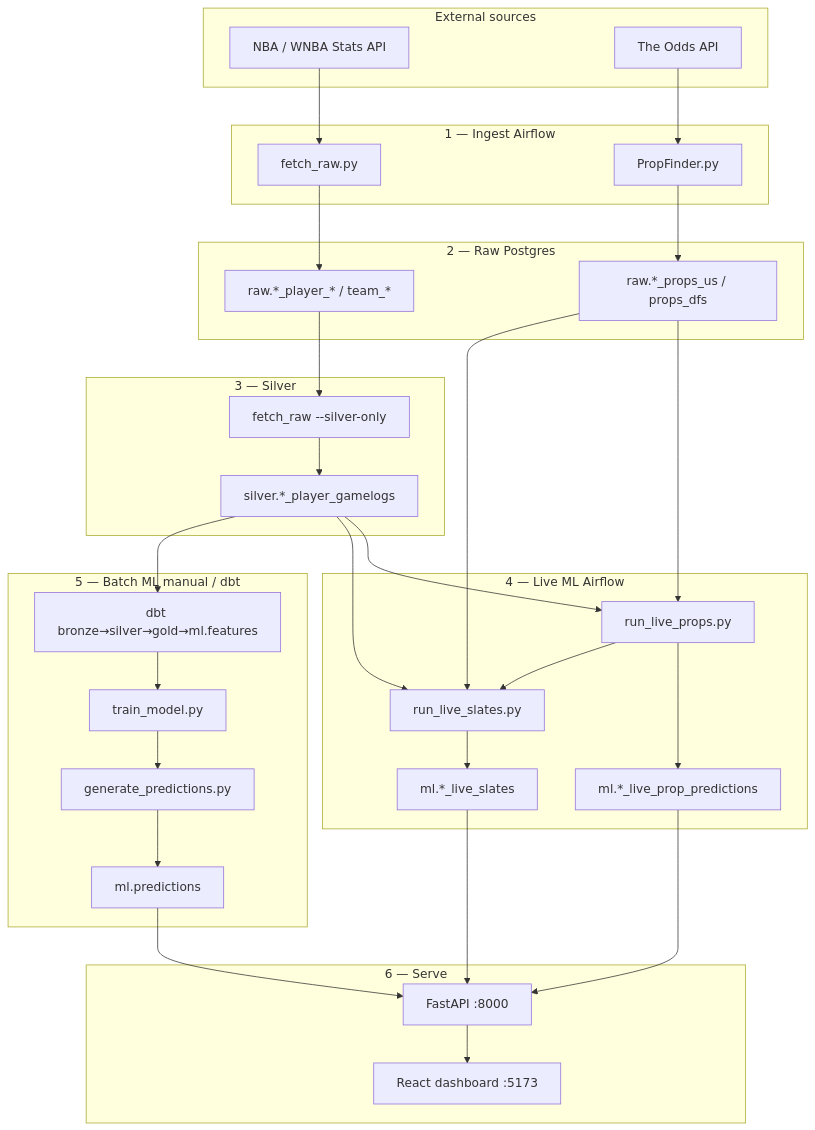
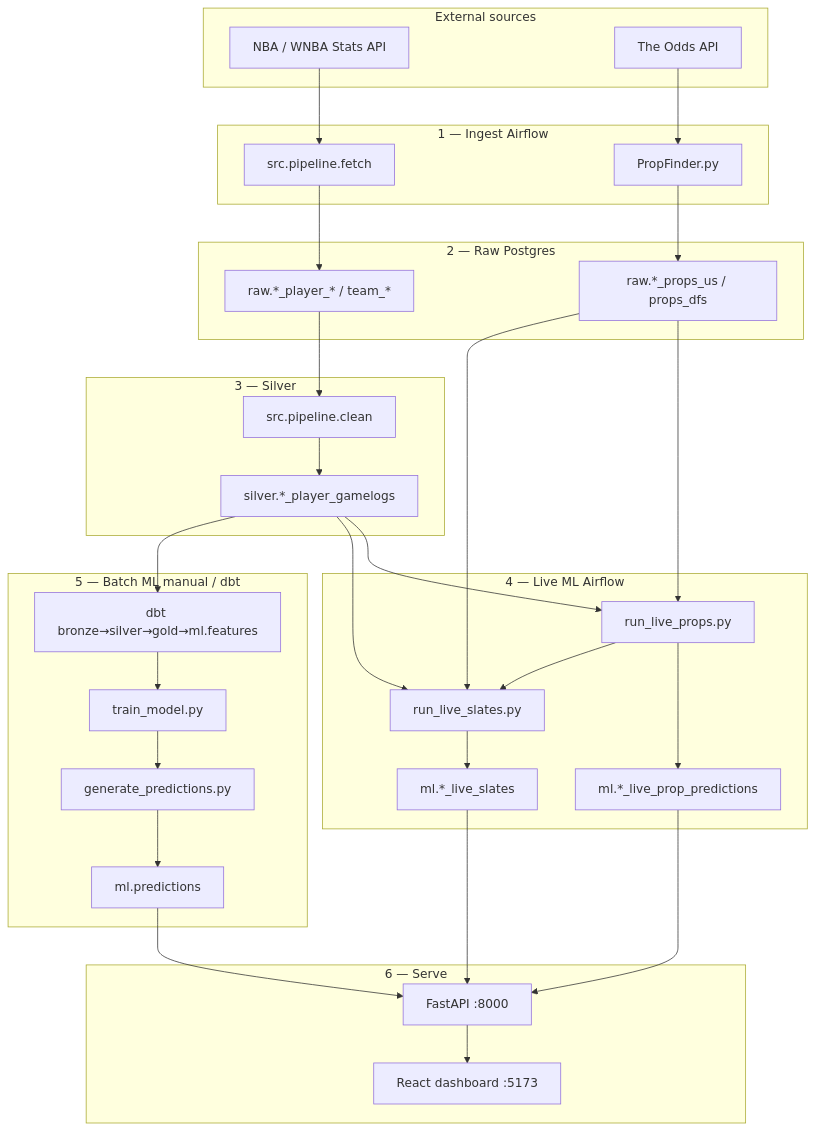
One commit to spon7ge/NBA-Prop-Predictor changed the first of 3 diagrams in README.md. Above: the diagram before and after it, drawn with Mermaid. The commit also changed other lines of this file and 119 other files, not shown here.

````diff
--- a/README.md
+++ b/README.md
@@ -44,59 +44,59 @@
 ```mermaid
 flowchart TB
   subgraph sources [External sources]
     NBA[NBA / WNBA Stats API]
     ODDS[The Odds API]
   end
 
   subgraph ingest [1 — Ingest Airflow]
-    FR[fetch_raw.py]
+    FR[src.pipeline.fetch]
     PF[PropFinder.py]
   end
 
   subgraph raw [2 — Raw Postgres]
     RGL[raw.*_player_* / team_*]
     RPR[raw.*_props_us / props_dfs]
   end
 
   subgraph silver_py [3 — Silver]
-    SIL[fetch_raw --silver-only]
+    SIL[src.pipeline.clean]
     SGL[silver.*_player_gamelogs]
   end
 
   subgraph live [4 — Live ML Airflow]
     LP[run_live_props.py]
     LS[run_live_slates.py]
     MLP[ml.*_live_prop_predictions]
     MLS[ml.*_live_slates]
   end
 
   subgraph batch [5 — Batch ML manual / dbt]
     DBT[dbt bronze→silver→gold→ml.features]
     TR[train_model.py]
     PR[generate_predictions.py]
     PRED[ml.predictions]
   end
 
   subgraph serve [6 — Serve]
     API[FastAPI :8000]
     FE[React dashboard :5173]
   end
 
   NBA --> FR
   ODDS --> PF
   FR --> RGL
   PF --> RPR
   RGL --> SIL --> SGL
   RPR --> LP
   SGL --> LP
   LP --> MLP
   LP --> LS
   SGL --> LS
   RPR --> LS
   LS --> MLS
   SGL --> DBT --> TR --> PR --> PRED
   MLP --> API
   MLS --> API
   PRED --> API
   API --> FE
 ```
````
